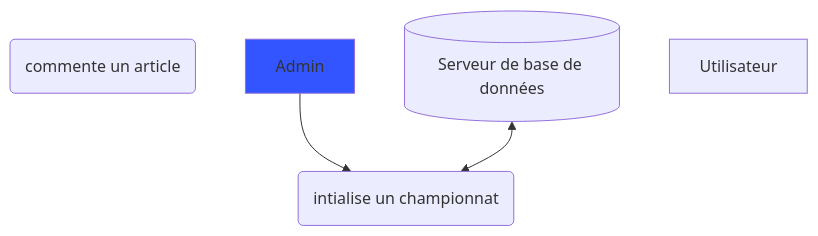
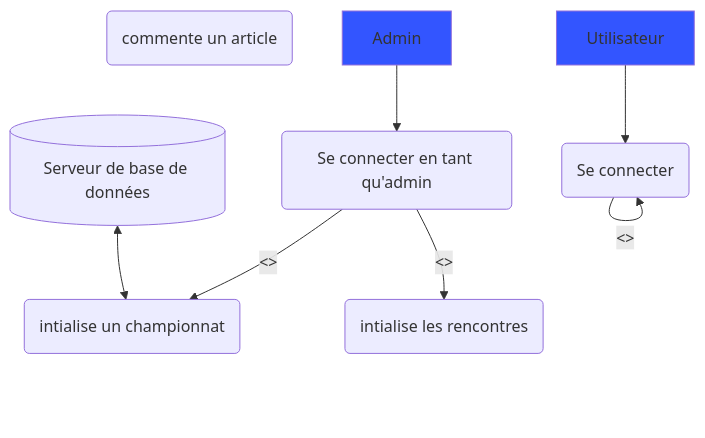
Before and after one commit to LhoMars/football: the diagram in docs/index.md, drawn with Mermaid. The commit also changed other lines of this file and 4 other files, not shown here.

````diff
--- a/docs/index.md
+++ b/docs/index.md
@@ -14,14 +14,20 @@
 ```mermaid
 graph TB
 intialise(intialise un championnat)
+intialise2(intialise les rencontres)
+connection(Se connecter)
+connectionAdmin(Se connecter en tant qu'admin)
 commente(commente un article)
 serveurBdd[(Serveur de base de données)]
 
-Admin:::user --> intialise
+Admin:::user --> connectionAdmin
     classDef user fill:#0acf00;
 
-Utilisateur:::commente 
+Utilisateur:::user --> connection 
     classDef user fill:#3355ff;
-
+    
+connectionAdmin -- <<extend>> --> intialise
+connectionAdmin -- <<extend>> --> intialise2
+connection -- <<extends>> --> connection
 serveurBdd <--> intialise
 ```
````
